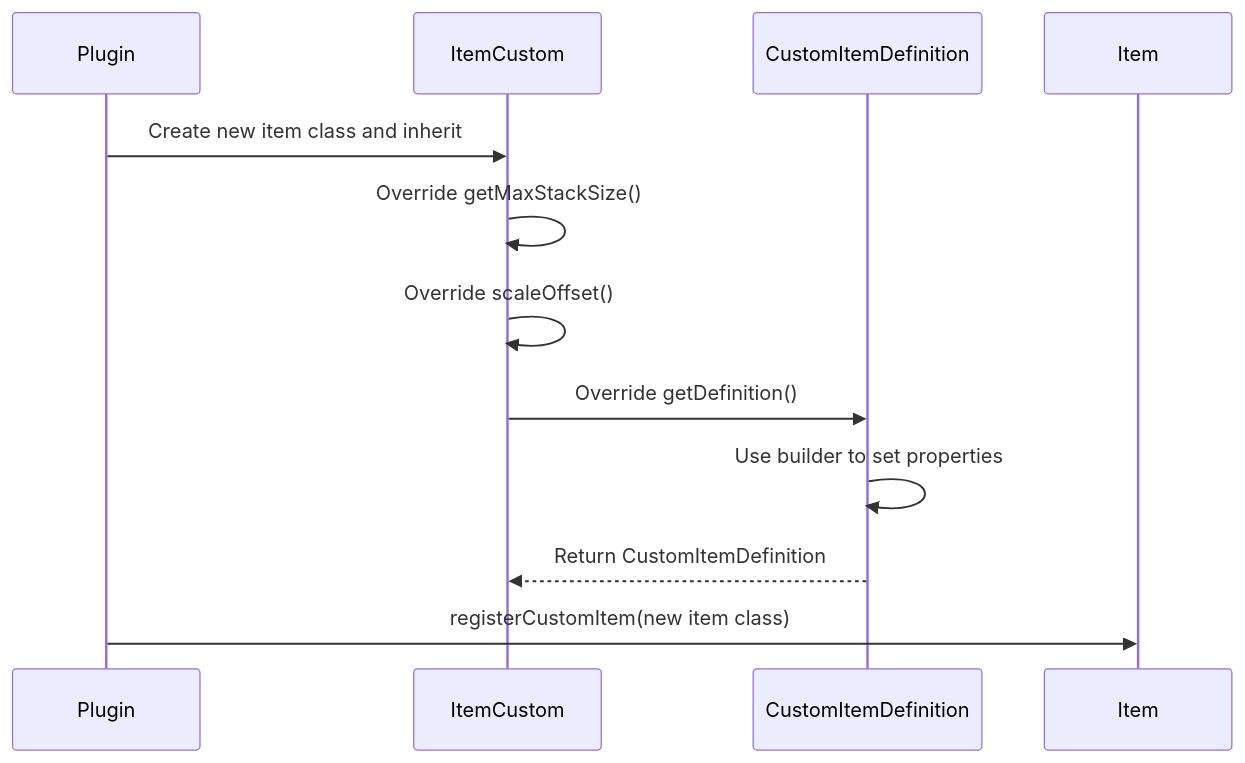
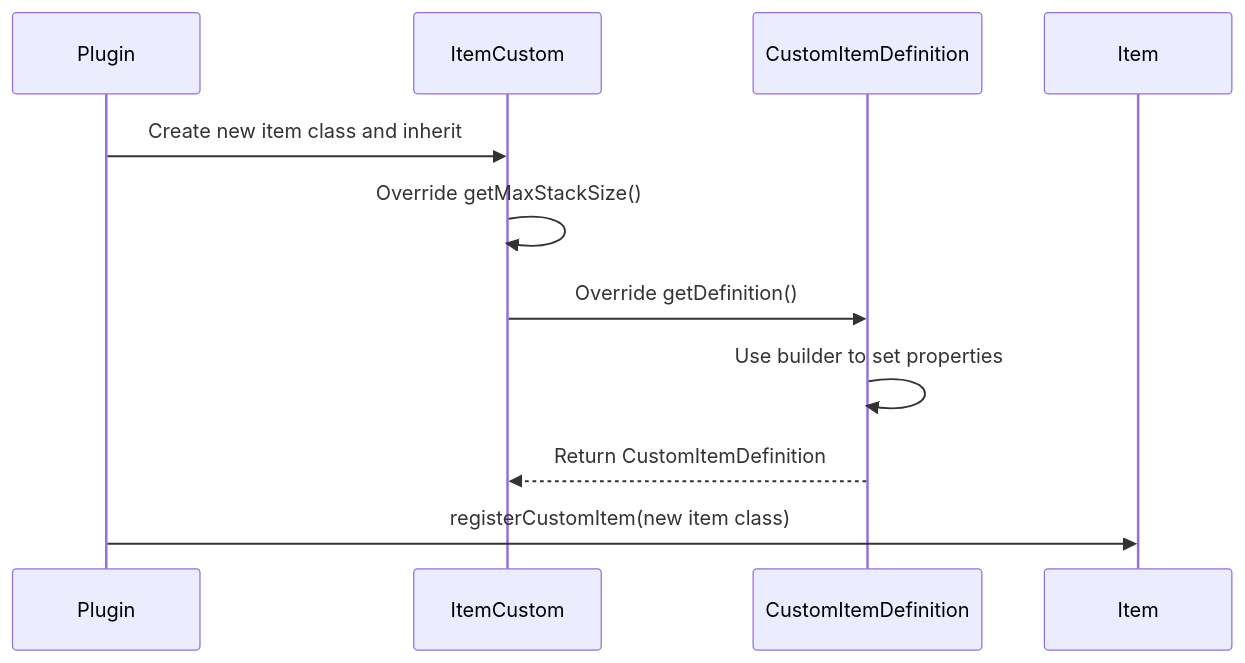
One commit to MemoriesOfTime/Nukkit-MOT-Wiki changed the diagram in docs/tutorial-extras/custom/custom_item.mdx. Above: the diagram before and after it, drawn with Mermaid. The commit also changed other lines of this file and 1 other file, not shown here.

Commit message:
update custom items

````diff
--- a/docs/tutorial-extras/custom/custom_item.mdx
+++ b/docs/tutorial-extras/custom/custom_item.mdx
@@ -25,15 +25,14 @@
 ```mermaid
 sequenceDiagram
     participant Plugin
     participant ItemCustom
     participant CustomItemDefinition
     participant Item
     
     Plugin->>ItemCustom: Create new item class and inherit
     ItemCustom->>ItemCustom: Override getMaxStackSize()
-    ItemCustom->>ItemCustom: Override scaleOffset()
     ItemCustom->>CustomItemDefinition: Override getDefinition()
     CustomItemDefinition->>CustomItemDefinition: Use builder to set properties
     CustomItemDefinition-->>ItemCustom: Return CustomItemDefinition
     Plugin->>Item: registerCustomItem(new item class)
 ```
````
